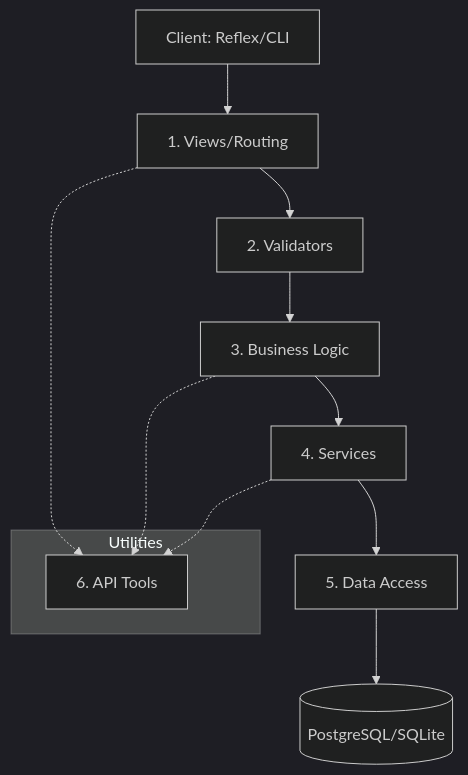
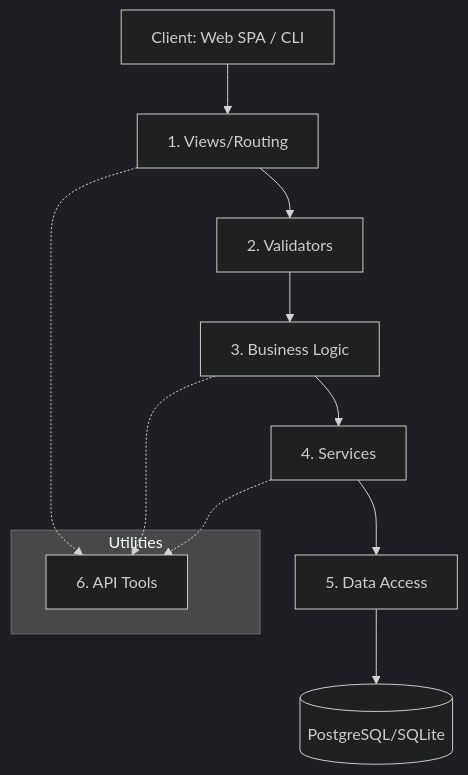
One commit to AzazelAzure/finance-manager-design-docs changed the diagram in api_docs/02_Data_Flow_and_Architecture.md. Above: the diagram before and after it, drawn with Mermaid (dark theme). The commit also changed 7 other files, not shown here.

````diff
--- a/api_docs/02_Data_Flow_and_Architecture.md
+++ b/api_docs/02_Data_Flow_and_Architecture.md
@@ -13,17 +13,17 @@
 ```mermaid
 graph TD
-    Client[Client: Reflex/CLI] --> Views[1. Views/Routing]
+    Client[Client: Web SPA / CLI] --> Views[1. Views/Routing]
     Views --> Validators[2. Validators]
     Validators --> Logic[3. Business Logic]
     Logic --> Services[4. Services]
     Services --> Data[5. Data Access]
     Data --> DB[(PostgreSQL/SQLite)]
     
     subgraph Utilities
         Tools[6. API Tools]
     end
     
     Views -.-> Tools
     Logic -.-> Tools
     Services -.-> Tools
 ```
````
